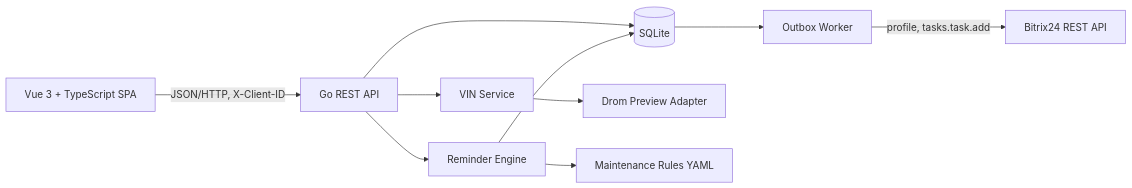
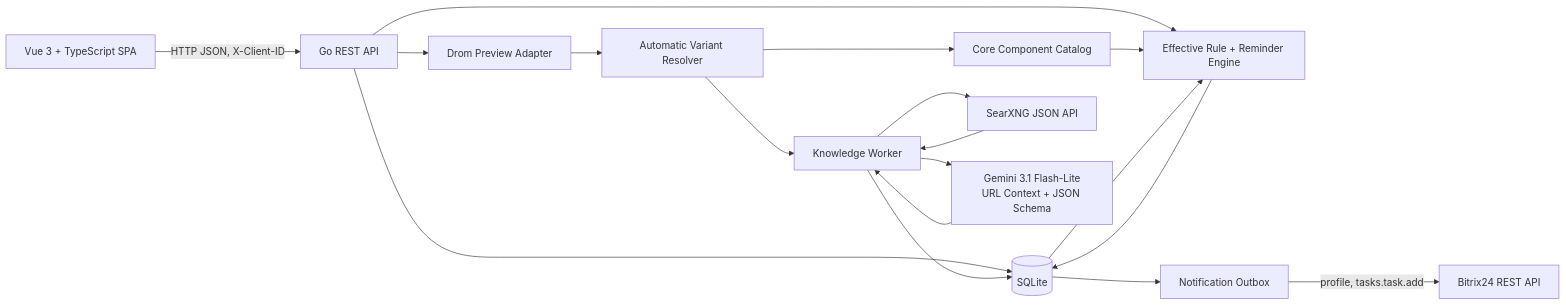
The diagram in docs/adr/ADR-001-car-maintenance-mvp.md (zaaalex/servys), drawn with Mermaid before and after one commit. The commit also changed other lines of this file, not shown here.

````diff
--- a/docs/adr/ADR-001-car-maintenance-mvp.md
+++ b/docs/adr/ADR-001-car-maintenance-mvp.md
@@ -101,22 +200,33 @@
 ```mermaid
 flowchart LR
     UI[Vue 3 + TypeScript SPA]
     API[Go REST API]
-    STORE[(SQLite)]
-    VIN[VIN Service]
+    DB[(SQLite)]
     DROM[Drom Preview Adapter]
-    RULES[Maintenance Rules YAML]
-    ENGINE[Reminder Engine]
-    OUTBOX[Outbox Worker]
+    RESOLVER[Automatic Variant Resolver]
+    CORE[Core Component Catalog]
+    JOB[Knowledge Worker]
+    SEARCH[SearXNG JSON API]
+    LLM[Gemini 3.1 Flash-Lite\nURL Context + JSON Schema]
+    ENGINE[Effective Rule + Reminder Engine]
+    OUTBOX[Notification Outbox]
     B24[Bitrix24 REST API]
 
-    UI -->|JSON/HTTP, X-Client-ID| API
-    API --> STORE
-    API --> VIN
-    VIN --> DROM
+    UI -->|HTTP JSON, X-Client-ID| API
+    API --> DB
+    API --> DROM
+    DROM --> RESOLVER
+    RESOLVER --> CORE
+    RESOLVER --> JOB
+    JOB --> SEARCH
+    SEARCH --> JOB
+    JOB --> LLM
+    LLM --> JOB
+    JOB --> DB
     API --> ENGINE
-    ENGINE --> RULES
-    ENGINE --> STORE
-    STORE --> OUTBOX
+    CORE --> ENGINE
+    DB --> ENGINE
+    ENGINE --> DB
+    DB --> OUTBOX
     OUTBOX -->|profile, tasks.task.add| B24
 ```
````
